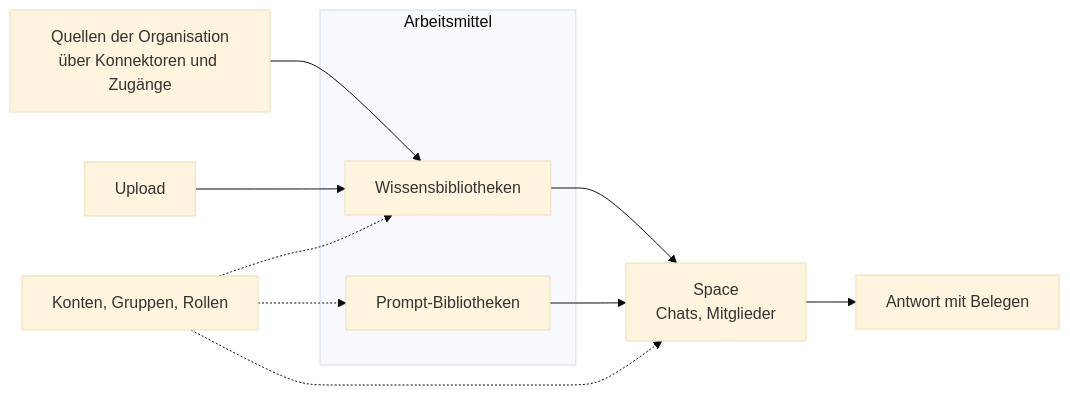
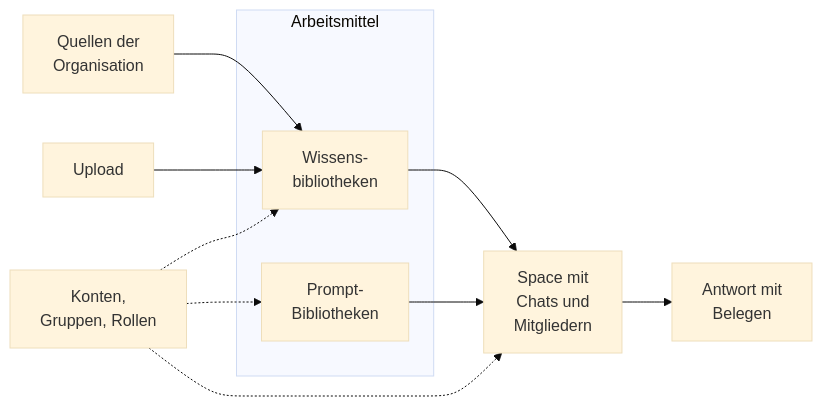
One commit to criew/opaa changed the diagram in docs/handbuch/README.md. Above: the diagram before and after it, drawn with Mermaid (base theme). The commit also changed 11 other files, not shown here.

First line of the commit message:
docs(handbuch): Mermaid-Knoten mit kurzen Zeilen

````diff
--- a/docs/handbuch/README.md
+++ b/docs/handbuch/README.md
@@ -27,15 +27,15 @@
 ```mermaid
 flowchart LR
     subgraph Arbeitsmittel
-        W[Wissensbibliotheken]
-        P[Prompt-Bibliotheken]
+        W[Wissens-<br/>bibliotheken]
+        P[Prompt-<br/>Bibliotheken]
     end
-    Q[Quellen der Organisation<br/>über Konnektoren und Zugänge] --> W
+    Q[Quellen der<br/>Organisation] --> W
     U[Upload] --> W
-    W --> S[Space<br/>Chats, Mitglieder]
+    W --> S[Space mit<br/>Chats und<br/>Mitgliedern]
     P --> S
-    S --> A[Antwort mit Belegen]
-    R[Konten, Gruppen, Rollen] -.-> W
+    S --> A[Antwort mit<br/>Belegen]
+    R[Konten,<br/>Gruppen, Rollen] -.-> W
     R -.-> P
     R -.-> S
 ```
````
